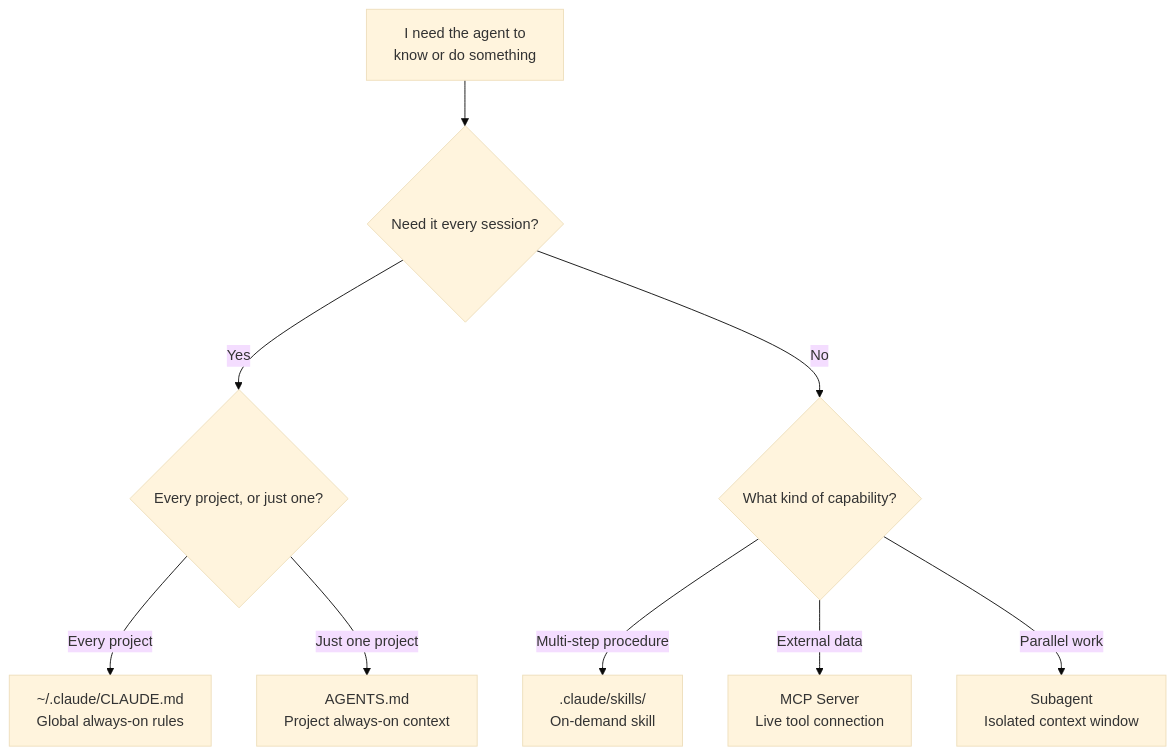
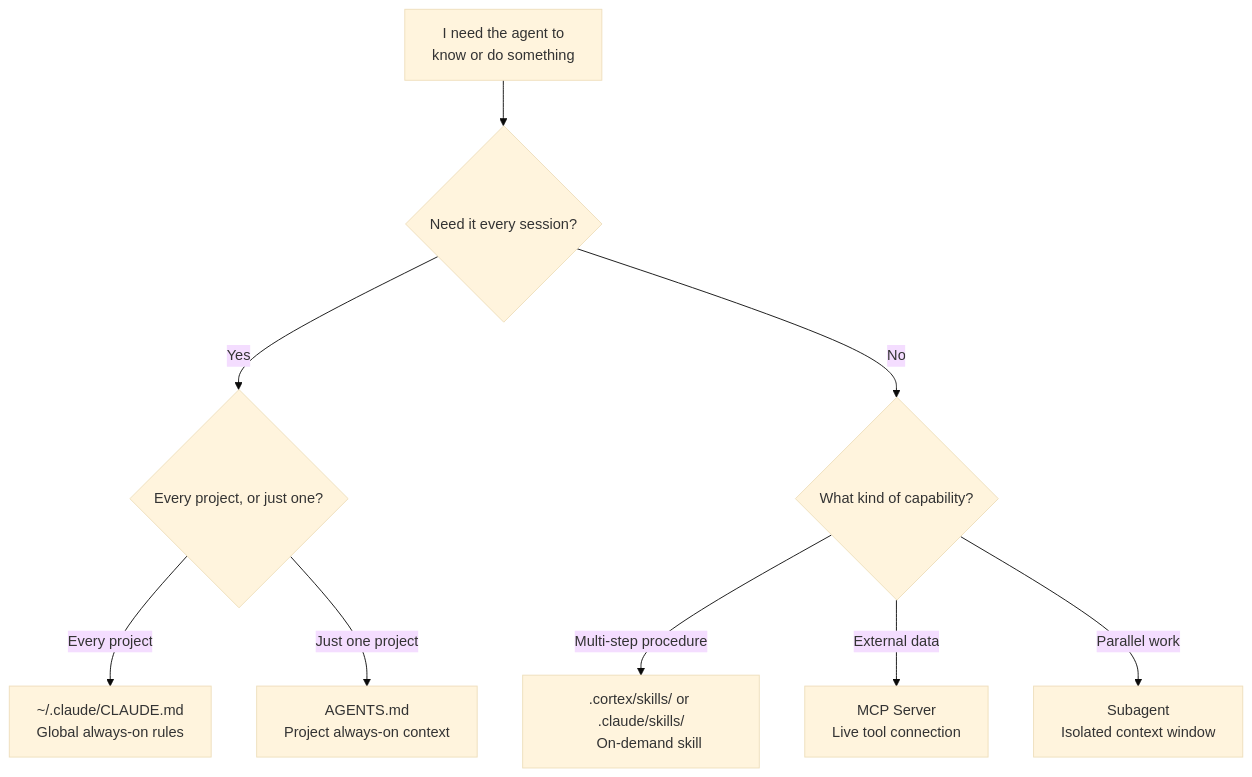
Before and after one commit to sfc-gh-miwhitaker/sfe-public: the first of 2 diagrams in guide-agent-skills/diagrams/right-tool.md, drawn with Mermaid (base theme). The commit also changed 33 other files, not shown here.

Commit message:
docs: update expiration dates across multiple guides and SQL files to reflect new timelines

````diff
--- a/guide-agent-skills/diagrams/right-tool.md
+++ b/guide-agent-skills/diagrams/right-tool.md
@@ -5,20 +5,20 @@
 ```mermaid
 flowchart TD
     Start["I need the agent to
     know or do something"] --> Q1{"Need it every session?"}
 
     Q1 -->|"Yes"| Q2{"Every project, or just one?"}
     Q1 -->|"No"| Q3{"What kind of capability?"}
 
     Q2 -->|"Every project"| ClaudeMd["~/.claude/CLAUDE.md
     Global always-on rules"]
     Q2 -->|"Just one project"| AgentsMd["AGENTS.md
     Project always-on context"]
 
-    Q3 -->|"Multi-step procedure"| Skill[".claude/skills/
+    Q3 -->|"Multi-step procedure"| Skill[".cortex/skills/ or .claude/skills/
     On-demand skill"]
     Q3 -->|"External data"| MCP["MCP Server
     Live tool connection"]
     Q3 -->|"Parallel work"| Subagent["Subagent
     Isolated context window"]
 ```
````
